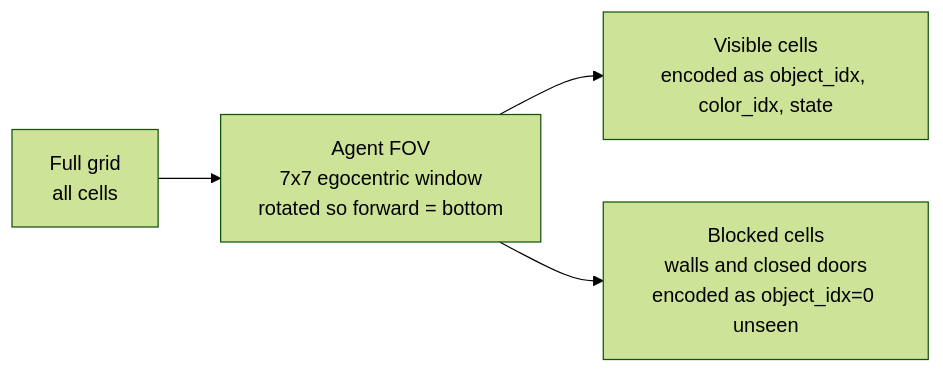
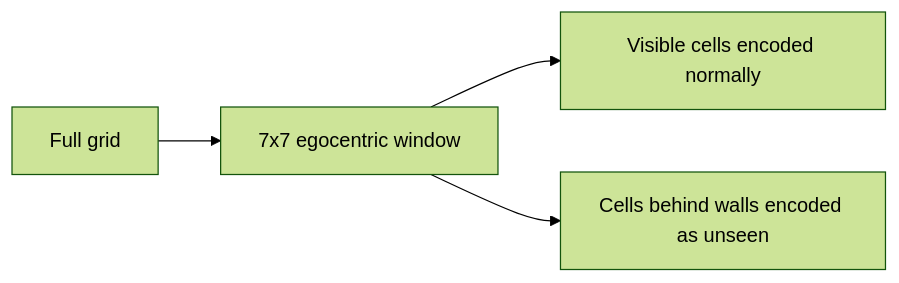
The fifth of 6 diagrams in docs/content/architecture.md (alexandermfisher/minigrid), drawn with Mermaid (forest theme) before and after one commit. The commit also changed other lines of this file, not shown here.

First line of the commit message:
Simplify Mermaid labels to single lines to fix rendering

````diff
--- a/docs/content/architecture.md
+++ b/docs/content/architecture.md
@@ -156,11 +121,6 @@
 ```{mermaid}
 flowchart LR
-    GRID["Full grid<br/>all cells"]
-    FOV["Agent FOV<br/>7x7 egocentric window<br/>rotated so forward = bottom"]
-    VISIBLE["Visible cells<br/>encoded as object_idx, color_idx, state"]
-    HIDDEN["Blocked cells<br/>walls and closed doors<br/>encoded as object_idx=0 unseen"]
-
-    GRID --> FOV
-    FOV --> VISIBLE
-    FOV --> HIDDEN
+    GRID[Full grid] --> FOV[7x7 egocentric window]
+    FOV --> VIS[Visible cells encoded normally]
+    FOV --> HID[Cells behind walls encoded as unseen]
 ```
````
